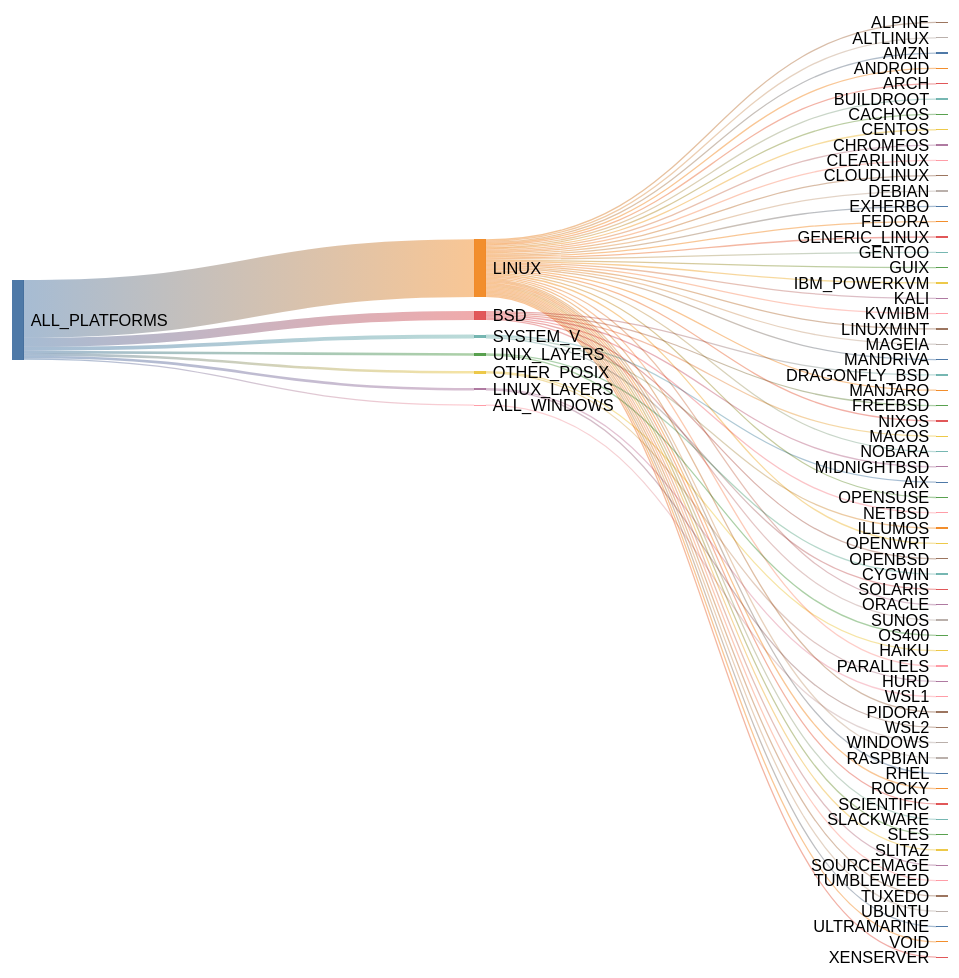
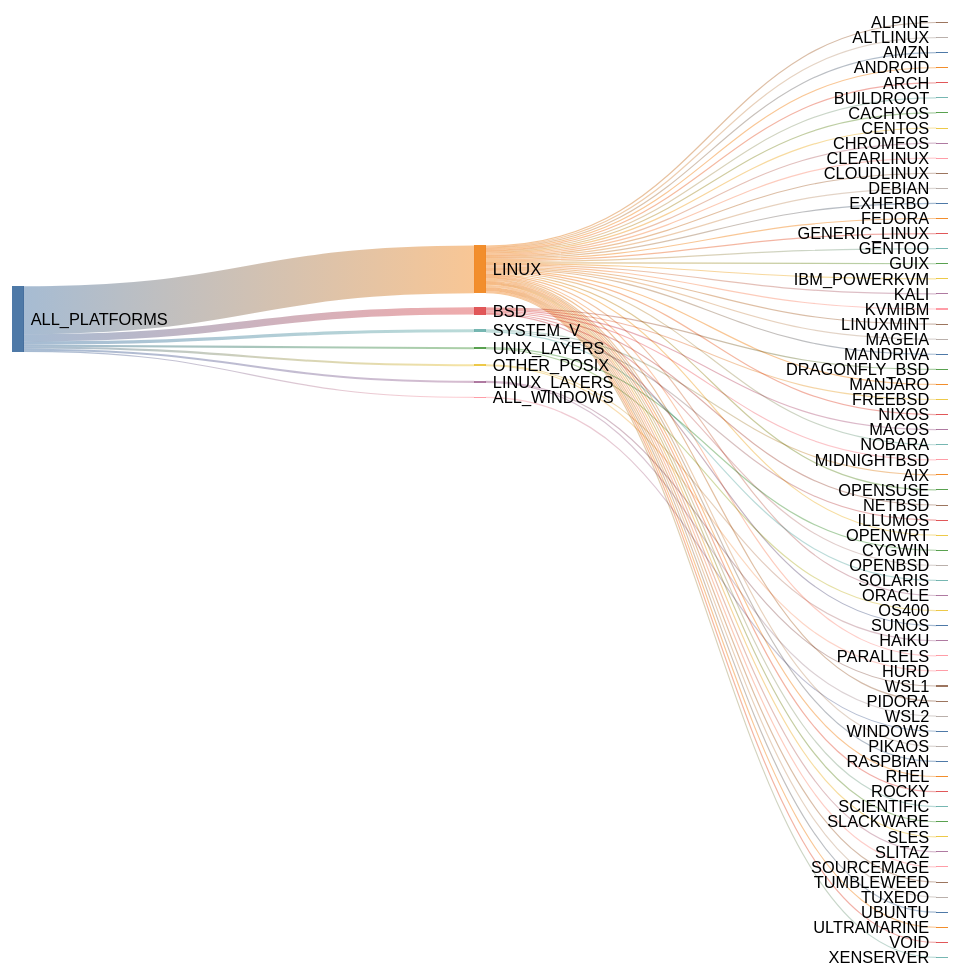
The first of 2 diagrams in docs/platforms.md (kdeldycke/extra-platforms), drawn with Mermaid (forest theme) before and after one commit. The commit also changed other lines of this file and 14 other files, not shown here.

````diff
--- a/docs/platforms.md
+++ b/docs/platforms.md
@@ -163,76 +164,77 @@
 ```mermaid
 ---
 config: {"sankey": {"showValues": false, "width": 800, "height": 800}}
 ---
 sankey-beta
 
-ALL_PLATFORMS,LINUX,45
+ALL_PLATFORMS,LINUX,46
 ALL_PLATFORMS,BSD,7
 ALL_PLATFORMS,SYSTEM_V,3
 ALL_PLATFORMS,UNIX_LAYERS,2
 ALL_PLATFORMS,OTHER_POSIX,2
 ALL_PLATFORMS,LINUX_LAYERS,2
 ALL_PLATFORMS,ALL_WINDOWS,1
 LINUX,ALPINE,1
 LINUX,ALTLINUX,1
 LINUX,AMZN,1
 LINUX,ANDROID,1
 LINUX,ARCH,1
 LINUX,BUILDROOT,1
 LINUX,CACHYOS,1
 LINUX,CENTOS,1
 LINUX,CHROMEOS,1
 LINUX,CLEARLINUX,1
 LINUX,CLOUDLINUX,1
 LINUX,DEBIAN,1
 LINUX,EXHERBO,1
 LINUX,FEDORA,1
 LINUX,GENERIC_LINUX,1
 LINUX,GENTOO,1
 LINUX,GUIX,1
 LINUX,IBM_POWERKVM,1
 LINUX,KALI,1
 LINUX,KVMIBM,1
 LINUX,LINUXMINT,1
 LINUX,MAGEIA,1
 LINUX,MANDRIVA,1
 LINUX,MANJARO,1
 LINUX,NIXOS,1
 LINUX,NOBARA,1
 LINUX,OPENSUSE,1
 LINUX,OPENWRT,1
 LINUX,ORACLE,1
 LINUX,PARALLELS,1
 LINUX,PIDORA,1
+LINUX,PIKAOS,1
 LINUX,RASPBIAN,1
 LINUX,RHEL,1
 LINUX,ROCKY,1
 LINUX,SCIENTIFIC,1
 LINUX,SLACKWARE,1
 LINUX,SLES,1
 LINUX,SLITAZ,1
 LINUX,SOURCEMAGE,1
 LINUX,TUMBLEWEED,1
 LINUX,TUXEDO,1
 LINUX,UBUNTU,1
 LINUX,ULTRAMARINE,1
 LINUX,VOID,1
 LINUX,XENSERVER,1
 BSD,DRAGONFLY_BSD,1
 BSD,FREEBSD,1
 BSD,MACOS,1
 BSD,MIDNIGHTBSD,1
 BSD,NETBSD,1
 BSD,OPENBSD,1
 BSD,SUNOS,1
 SYSTEM_V,AIX,1
 SYSTEM_V,ILLUMOS,1
 SYSTEM_V,SOLARIS,1
 UNIX_LAYERS,CYGWIN,1
 UNIX_LAYERS,OS400,1
 OTHER_POSIX,HAIKU,1
 OTHER_POSIX,HURD,1
 LINUX_LAYERS,WSL1,1
 LINUX_LAYERS,WSL2,1
 ALL_WINDOWS,WINDOWS,1
 ```
````
